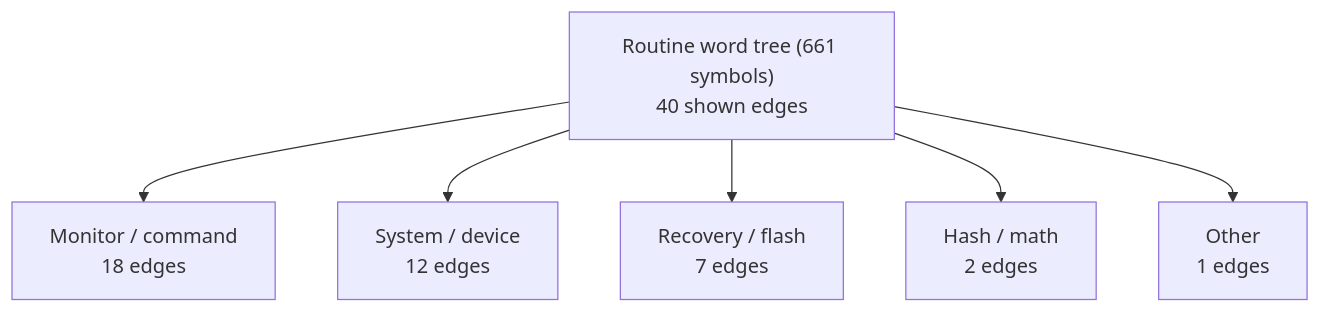
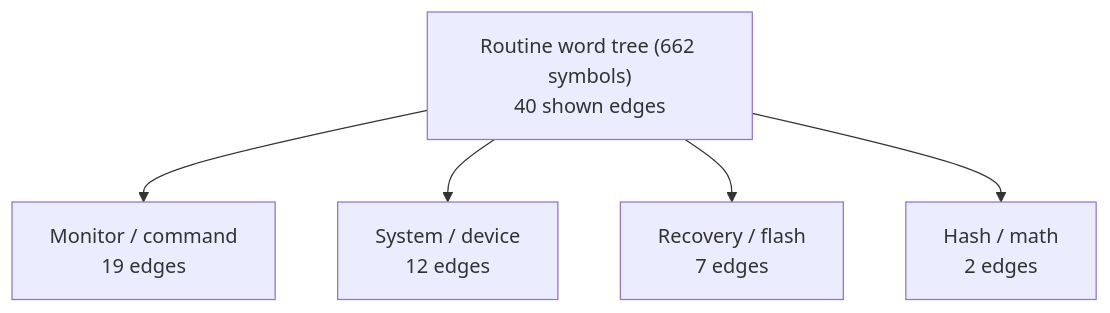
The first of 6 diagrams in DOC/GENERATED/ROUTINE_WORD_TREE.md (95westus/R-YORS), drawn with Mermaid before and after one commit. The commit also changed other lines of this file and 42 other files, not shown here.

````diff
--- a/DOC/GENERATED/ROUTINE_WORD_TREE.md
+++ b/DOC/GENERATED/ROUTINE_WORD_TREE.md
@@ -16,8 +16,7 @@
 ```mermaid
 flowchart TD
-    MAP_ROOT_ROUTINE_WORD_TREE__661_SYMBOLS_["Routine word tree (661 symbols)<br/>40 shown edges"] --> MAP_FAMILY_MONITOR___COMMAND["Monitor / command<br/>18 edges"]
-    MAP_ROOT_ROUTINE_WORD_TREE__661_SYMBOLS_["Routine word tree (661 symbols)<br/>40 shown edges"] --> MAP_FAMILY_SYSTEM___DEVICE["System / device<br/>12 edges"]
-    MAP_ROOT_ROUTINE_WORD_TREE__661_SYMBOLS_["Routine word tree (661 symbols)<br/>40 shown edges"] --> MAP_FAMILY_RECOVERY___FLASH["Recovery / flash<br/>7 edges"]
-    MAP_ROOT_ROUTINE_WORD_TREE__661_SYMBOLS_["Routine word tree (661 symbols)<br/>40 shown edges"] --> MAP_FAMILY_HASH___MATH["Hash / math<br/>2 edges"]
-    MAP_ROOT_ROUTINE_WORD_TREE__661_SYMBOLS_["Routine word tree (661 symbols)<br/>40 shown edges"] --> MAP_FAMILY_OTHER["Other<br/>1 edges"]
+    MAP_ROOT_ROUTINE_WORD_TREE__662_SYMBOLS_["Routine word tree (662 symbols)<br/>40 shown edges"] --> MAP_FAMILY_MONITOR___COMMAND["Monitor / command<br/>19 edges"]
+    MAP_ROOT_ROUTINE_WORD_TREE__662_SYMBOLS_["Routine word tree (662 symbols)<br/>40 shown edges"] --> MAP_FAMILY_SYSTEM___DEVICE["System / device<br/>12 edges"]
+    MAP_ROOT_ROUTINE_WORD_TREE__662_SYMBOLS_["Routine word tree (662 symbols)<br/>40 shown edges"] --> MAP_FAMILY_RECOVERY___FLASH["Recovery / flash<br/>7 edges"]
+    MAP_ROOT_ROUTINE_WORD_TREE__662_SYMBOLS_["Routine word tree (662 symbols)<br/>40 shown edges"] --> MAP_FAMILY_HASH___MATH["Hash / math<br/>2 edges"]
 ```
````
